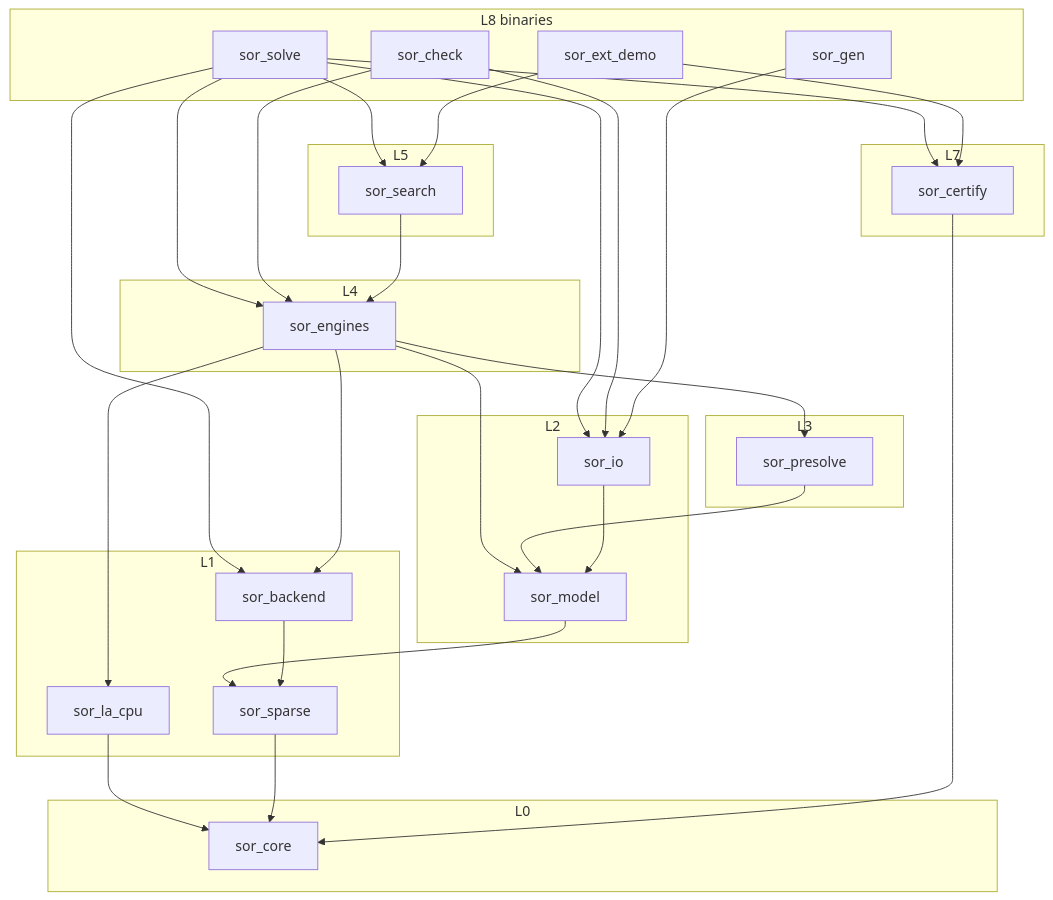
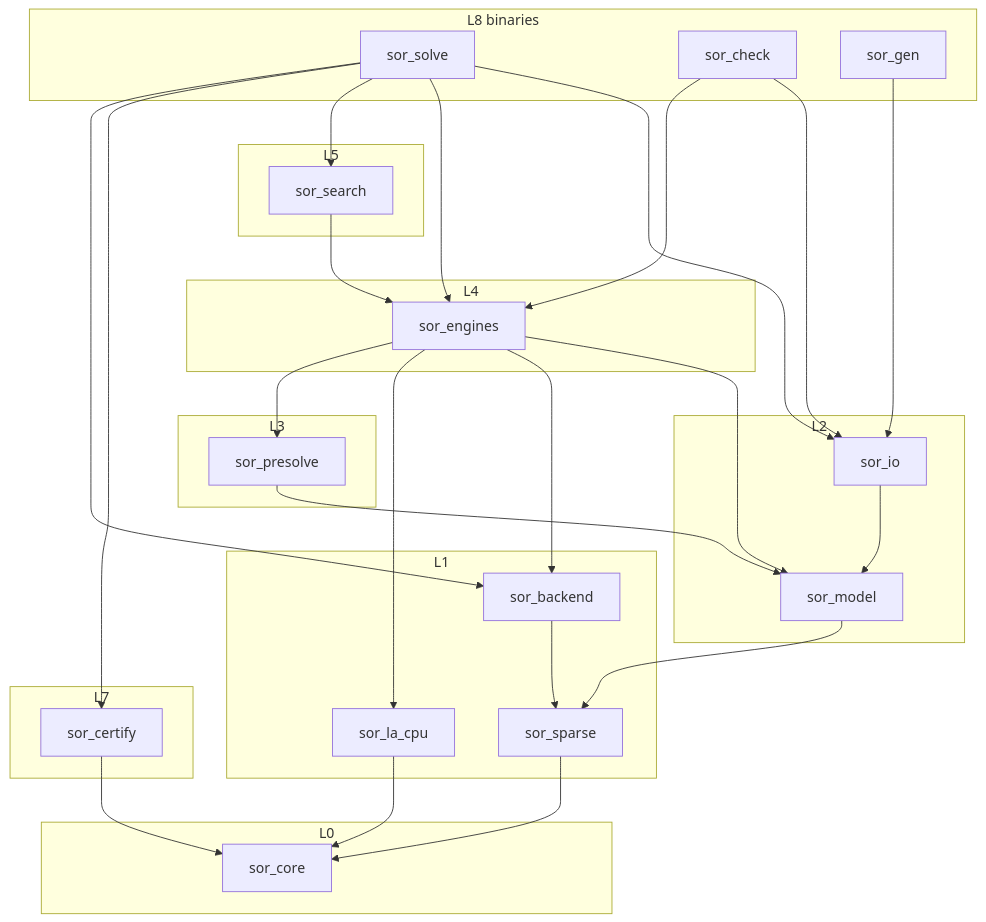
Before and after one commit to YashSuthar983/Forge: the first of 5 diagrams in docs/architecture.md, drawn with Mermaid. The commit also changed other lines of this file and 59 other files, not shown here.

````diff
--- a/docs/architecture.md
+++ b/docs/architecture.md
@@ -76,56 +80,53 @@
 ```mermaid
 flowchart TB
   subgraph L8["L8 binaries"]
     solve[sor_solve]
     check[sor_check]
     gen[sor_gen]
-    ext[sor_ext_demo]
   end
   subgraph L7["L7"]
     cert[sor_certify]
   end
   subgraph L5["L5"]
     search[sor_search]
   end
   subgraph L4["L4"]
     eng[sor_engines]
   end
   subgraph L3["L3"]
     pre[sor_presolve]
   end
   subgraph L2["L2"]
     io[sor_io]
     model[sor_model]
   end
   subgraph L1["L1"]
     be[sor_backend]
     la[sor_la_cpu]
     sp[sor_sparse]
   end
   subgraph L0["L0"]
     core[sor_core]
   end
 
   solve --> io
   solve --> eng
   solve --> search
   solve --> cert
   solve --> be
   check --> io
   check --> eng
   gen --> io
-  ext --> search
-  ext --> cert
   search --> eng
   eng --> model
   eng --> be
   eng --> la
   eng --> pre
   pre --> model
   io --> model
   model --> sp
   be --> sp
   la --> core
   sp --> core
   cert --> core
 ```
````
